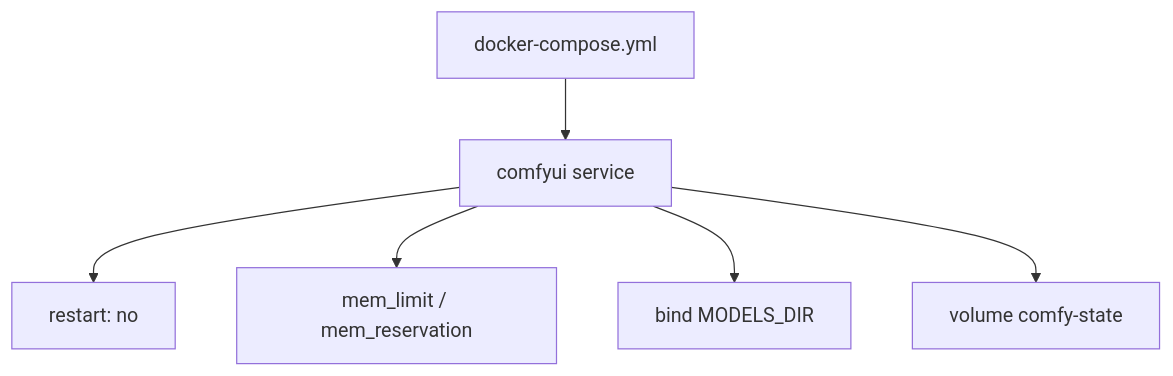
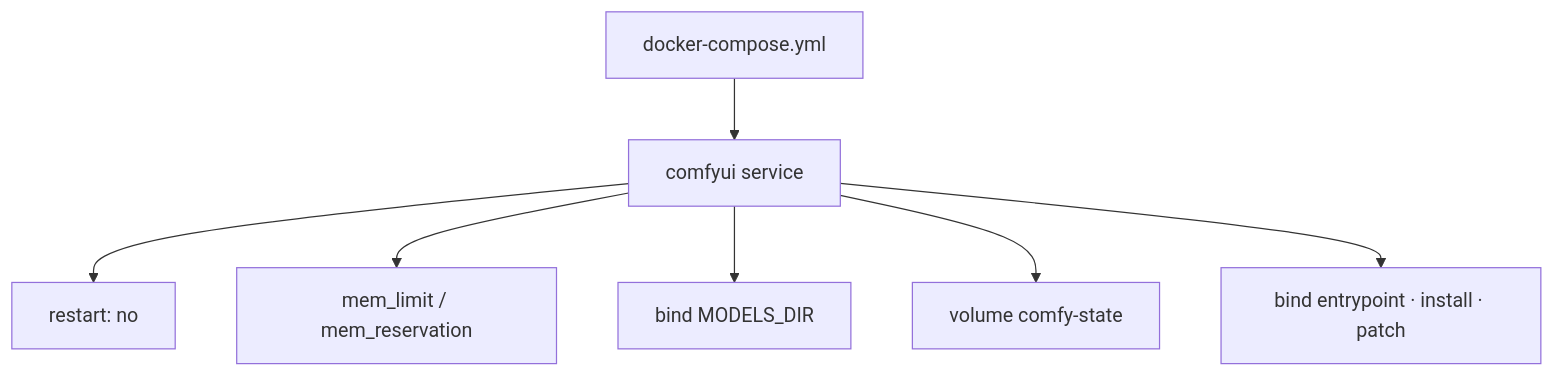
One commit to toxicoder/ez-comfy-stack changed the third of 6 diagrams in docs/project-conventions.md. Above: the diagram before and after it, drawn with Mermaid. The commit also changed other lines of this file and 9 other files, not shown here.

````diff
--- a/docs/project-conventions.md
+++ b/docs/project-conventions.md
@@ -172,8 +178,9 @@
 ```mermaid
 flowchart TB
   Compose["docker-compose.yml"] --> Svc["comfyui service"]
   Svc --> Restart["restart: no"]
   Svc --> Mem["mem_limit / mem_reservation"]
   Svc --> Models["bind MODELS_DIR"]
   Svc --> State["volume comfy-state"]
+  Svc --> Scripts["bind entrypoint · install · patch"]
 ```
````
